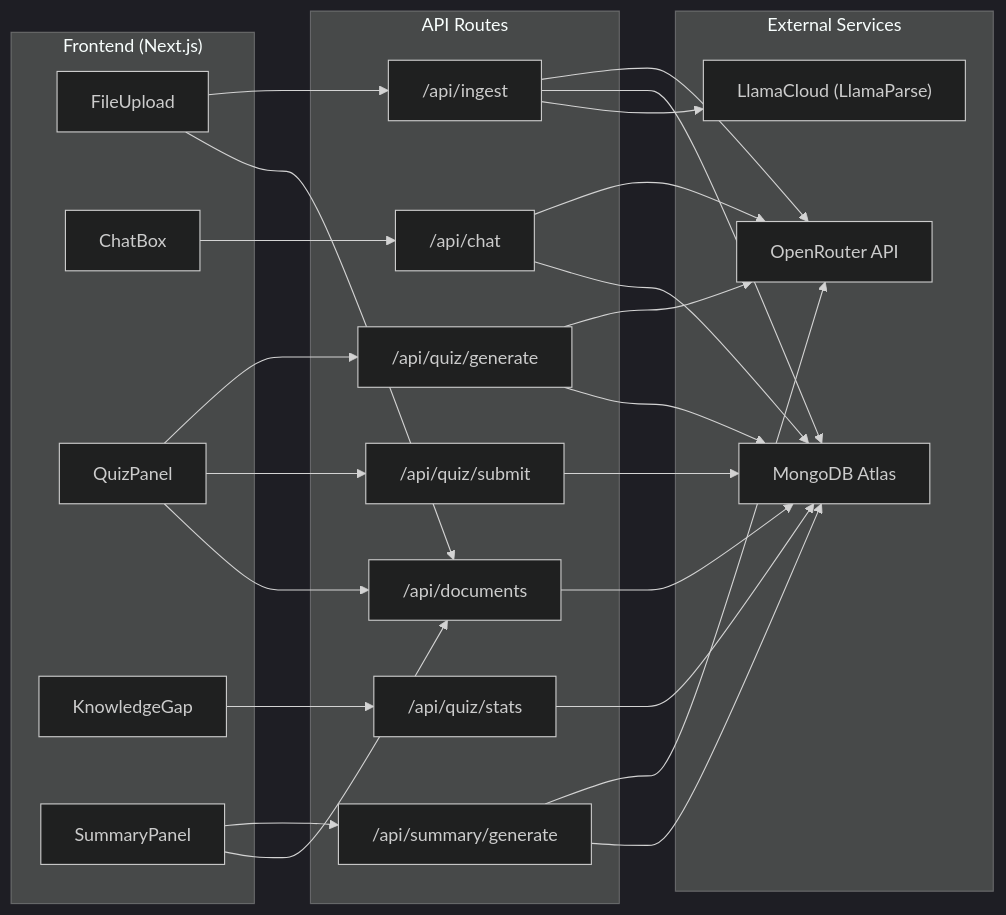
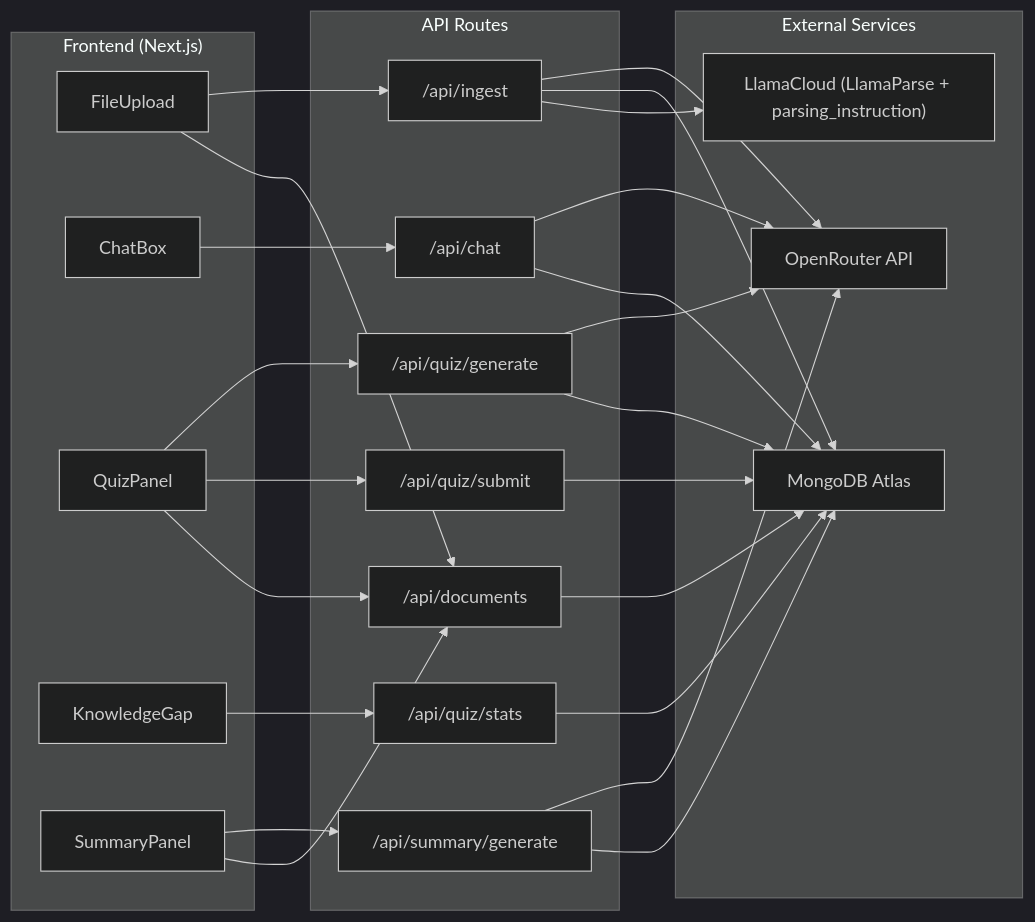
The eighth of 8 diagrams in docs/en/UI_FLOW_DIAGRAM.md (johnmak101-ops/RevisionApp), drawn with Mermaid (dark theme) before and after one commit. The commit also changed other lines of this file and 64 other files, not shown here.

````diff
--- a/docs/en/UI_FLOW_DIAGRAM.md
+++ b/docs/en/UI_FLOW_DIAGRAM.md
@@ -177,49 +196,49 @@
 ```mermaid
 flowchart LR
     subgraph "Frontend (Next.js)"
         FU["FileUpload"]
         CB["ChatBox"]
         QP["QuizPanel"]
         KG["KnowledgeGap"]
         SP["SummaryPanel"]
     end
     
     subgraph "API Routes"
         AI["/api/ingest"]
         AC["/api/chat"]
         QG["/api/quiz/generate"]
         QS["/api/quiz/submit"]
         QST["/api/quiz/stats"]
         SG["/api/summary/generate"]
         AD["/api/documents"]
     end
     
     subgraph "External Services"
         OR["OpenRouter API"]
         MDB["MongoDB Atlas"]
-        LP["LlamaCloud (LlamaParse)"]
+        LP["LlamaCloud (LlamaParse + parsing_instruction)"]
     end
     
     FU --> AI
     CB --> AC
     QP --> QG
     QP --> QS
     KG --> QST
     SP --> SG
     FU --> AD
     QP --> AD
     SP --> AD
     
     AI --> OR
     AI --> MDB
     AI --> LP
     AC --> OR
     AC --> MDB
     QG --> OR
     QG --> MDB
     QS --> MDB
     QST --> MDB
     SG --> OR
     SG --> MDB
     AD --> MDB
 ```
````
